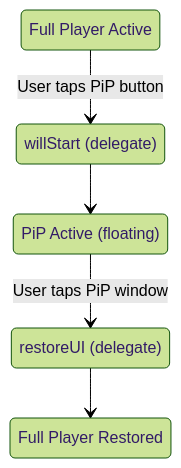
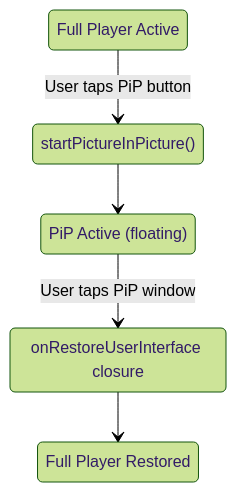
Before and after one commit to tattva20/StreamingVideoApp: the second of 2 diagrams in docs/features/PICTURE-IN-PICTURE.md, drawn with Mermaid (forest theme). The commit also changed other lines of this file and 43 other files, not shown here.

````diff
--- a/docs/features/PICTURE-IN-PICTURE.md
+++ b/docs/features/PICTURE-IN-PICTURE.md
@@ -257,12 +240,12 @@
 ```mermaid
 stateDiagram-v2
     state "Full Player Active" as FPA
-    state "willStart (delegate)" as WS
+    state "startPictureInPicture()" as WS
     state "PiP Active (floating)" as PA
-    state "restoreUI (delegate)" as RU
+    state "onRestoreUserInterface closure" as RU
     state "Full Player Restored" as FPR
     FPA --> WS: User taps PiP button
     WS --> PA
     PA --> RU: User taps PiP window
     RU --> FPR
 ```
````
